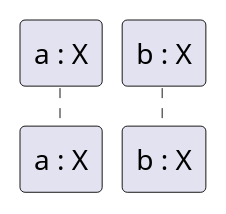
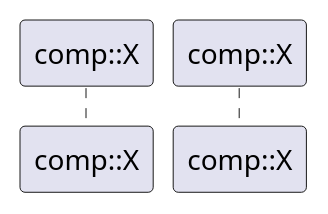
The diagram in plantuml/parser/integration_test/cross_diagram/errors_participants/duplicate_uid.puml (eclipse-score/tooling), drawn with PlantUML before and after one commit. The commit also changed 82 other files, not shown here.

Commit message:
[plantuml tooling] refactor sequence diagram uid

```diff
--- a/plantuml/parser/integration_test/cross_diagram/errors_participants/duplicate_uid.puml
+++ b/plantuml/parser/integration_test/cross_diagram/errors_participants/duplicate_uid.puml
@@ -14,4 +14,4 @@
 @startuml
-participant "a : X" as a
-participant "b : X" as b
+participant "comp::X" as a
+participant "comp::X" as b
 @enduml
```
